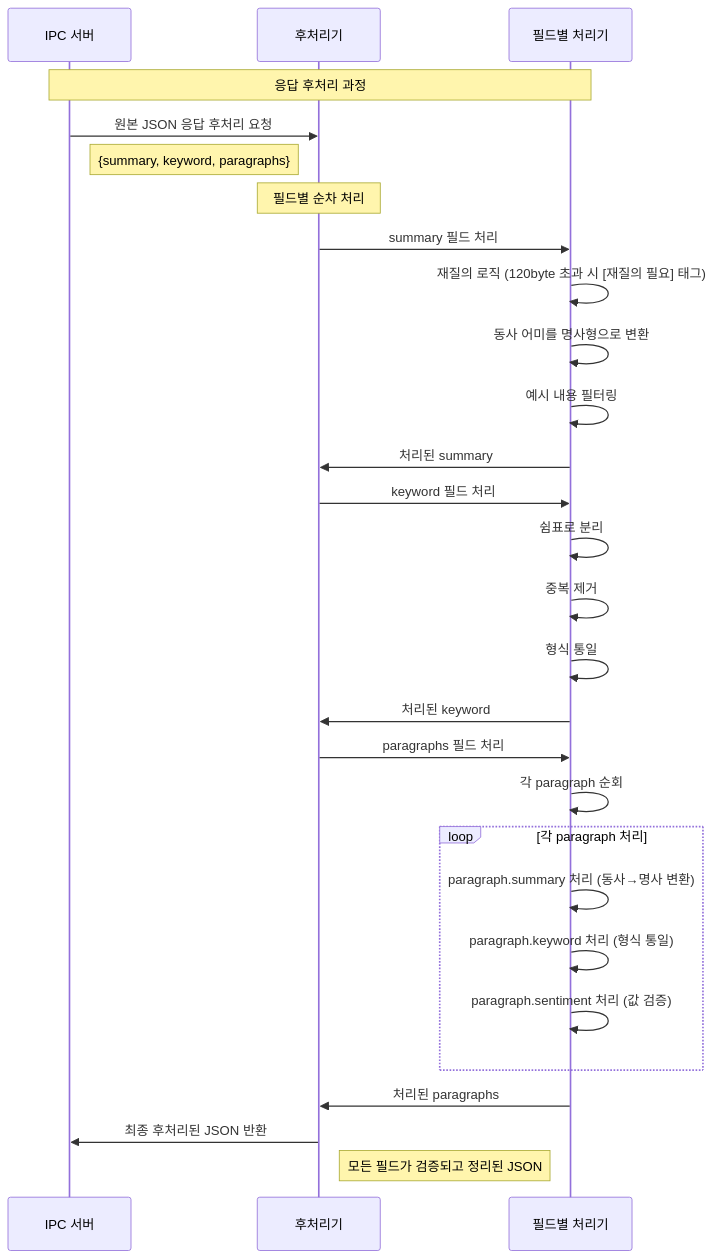
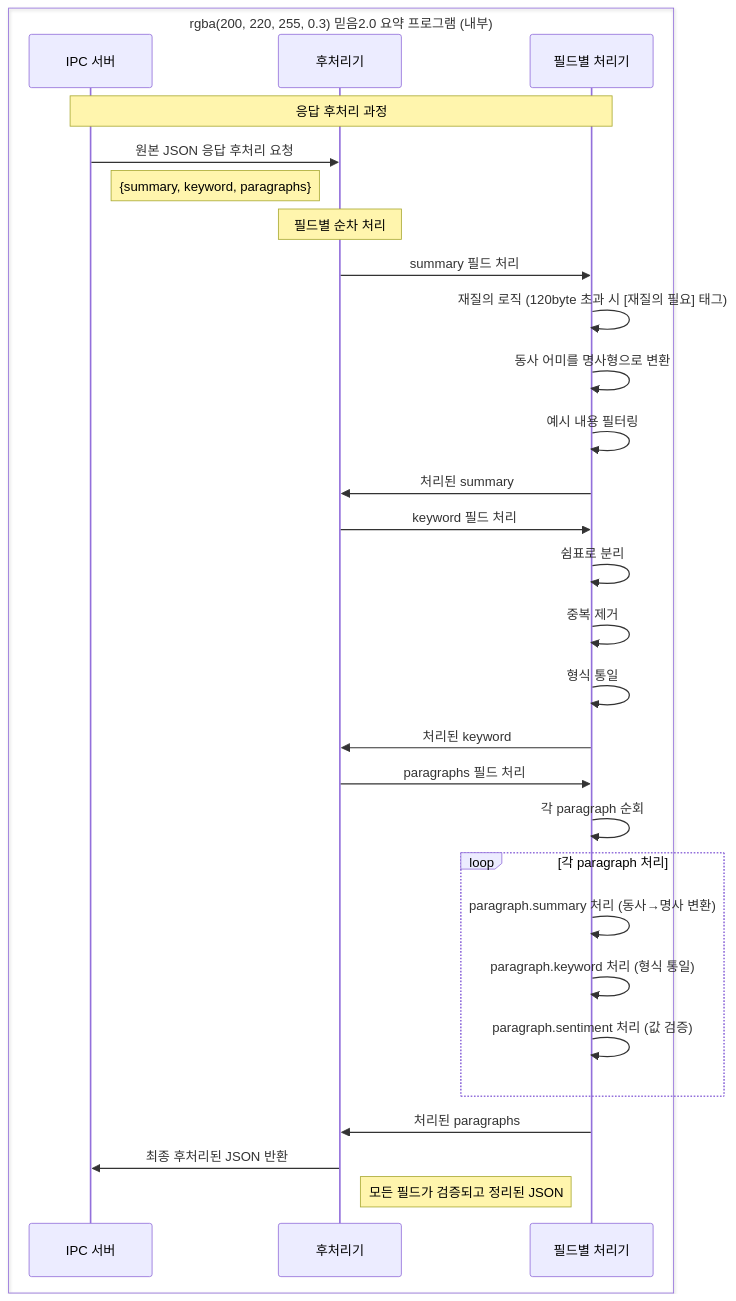
The fifth of 5 diagrams in sequence_diagram.md (hak023/gemma-summarizer-poc), drawn with Mermaid before and after one commit. The commit also changed other lines of this file and 2 other files, not shown here.

First line of the commit message:
시퀀스 다이어그램 수정: 외부/내부 프로그램 구분 명시

````diff
--- a/sequence_diagram.md
+++ b/sequence_diagram.md
@@ -203,35 +214,37 @@
 ```mermaid
 sequenceDiagram
-    participant IPC as IPC 서버
-    participant Postprocessor as 후처리기
-    participant Fields as 필드별 처리기
+    box rgba(200, 220, 255, 0.3) 믿음2.0 요약 프로그램 (내부)
+        participant IPC as IPC 서버
+        participant Postprocessor as 후처리기
+        participant Fields as 필드별 처리기
+    end
 
     Note over IPC,Fields: 응답 후처리 과정
     IPC->>Postprocessor: 원본 JSON 응답 후처리 요청
     Note right of IPC: {summary, keyword, paragraphs}
 
     Note over Postprocessor: 필드별 순차 처리
     Postprocessor->>Fields: summary 필드 처리
     Fields->>Fields: 재질의 로직 (120byte 초과 시 [재질의 필요] 태그)
     Fields->>Fields: 동사 어미를 명사형으로 변환
     Fields->>Fields: 예시 내용 필터링
     Fields->>Postprocessor: 처리된 summary
 
     Postprocessor->>Fields: keyword 필드 처리
     Fields->>Fields: 쉼표로 분리
     Fields->>Fields: 중복 제거
     Fields->>Fields: 형식 통일
     Fields->>Postprocessor: 처리된 keyword
 
     Postprocessor->>Fields: paragraphs 필드 처리
     Fields->>Fields: 각 paragraph 순회
     loop 각 paragraph 처리
         Fields->>Fields: paragraph.summary 처리 (동사→명사 변환)
         Fields->>Fields: paragraph.keyword 처리 (형식 통일)
         Fields->>Fields: paragraph.sentiment 처리 (값 검증)
     end
     Fields->>Postprocessor: 처리된 paragraphs
 
     Postprocessor->>IPC: 최종 후처리된 JSON 반환
     Note right of Postprocessor: 모든 필드가 검증되고 정리된 JSON
 ```
````
